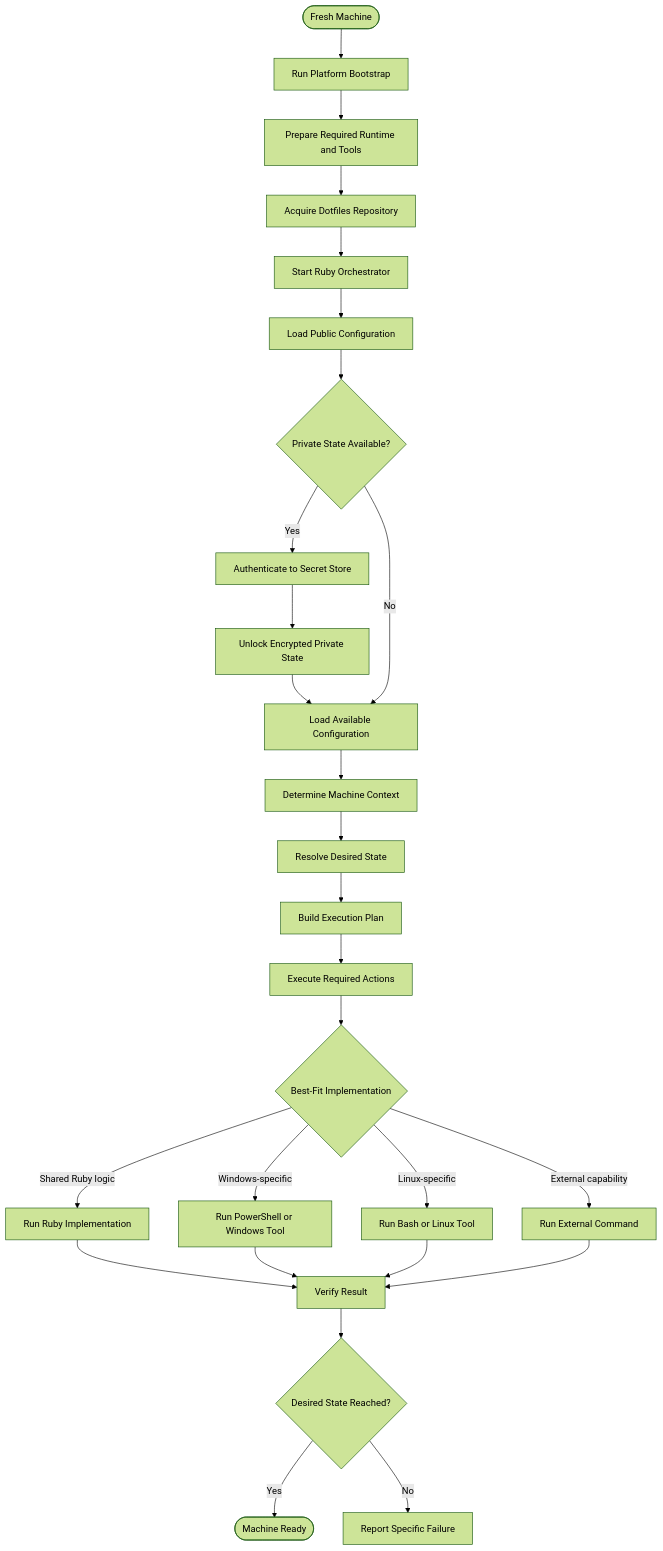
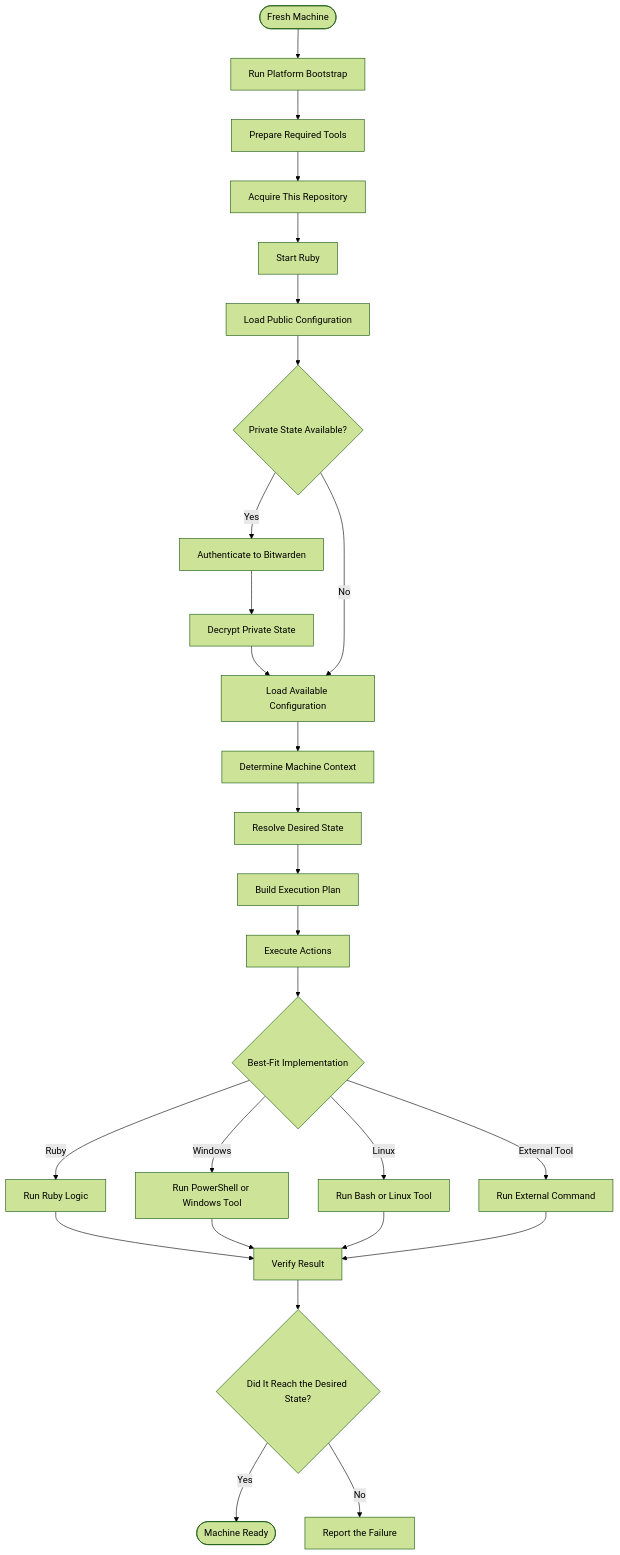
One commit to mewclouds/dotfiles changed the first of 2 diagrams in ARCHITECTURE.md. Above: the diagram before and after it, drawn with Mermaid (forest theme). The commit also changed other lines of this file and 1 other file, not shown here.

````diff
--- a/ARCHITECTURE.md
+++ b/ARCHITECTURE.md
@@ -25,35 +38,34 @@
 ```mermaid
 flowchart TD
     START([Fresh Machine]) --> BOOTSTRAP[Run Platform Bootstrap]
-    BOOTSTRAP --> TOOLS[Prepare Required Runtime and Tools]
-    TOOLS --> REPOSITORY[Acquire Dotfiles Repository]
-    REPOSITORY --> ORCHESTRATOR[Start Ruby Orchestrator]
+    BOOTSTRAP --> TOOLS[Prepare Required Tools]
+    TOOLS --> REPOSITORY[Acquire This Repository]
+    REPOSITORY --> RUBY[Start Ruby]
 
-    ORCHESTRATOR --> PUBLIC[Load Public Configuration]
+    RUBY --> PUBLIC[Load Public Configuration]
     PUBLIC --> PRIVATE{Private State Available?}
-
-    PRIVATE -->|Yes| AUTH[Authenticate to Secret Store]
-    AUTH --> UNLOCK[Unlock Encrypted Private State]
+    PRIVATE -->|Yes| AUTH[Authenticate to Bitwarden]
+    AUTH --> UNLOCK[Decrypt Private State]
     UNLOCK --> CONFIG[Load Available Configuration]
     PRIVATE -->|No| CONFIG
 
     CONFIG --> CONTEXT[Determine Machine Context]
     CONTEXT --> DESIRED[Resolve Desired State]
     DESIRED --> PLAN[Build Execution Plan]
-    PLAN --> ACTIONS[Execute Required Actions]
+    PLAN --> ACTIONS[Execute Actions]
 
     ACTIONS --> IMPLEMENTATION{Best-Fit Implementation}
-    IMPLEMENTATION -->|Shared Ruby logic| RUBY[Run Ruby Implementation]
-    IMPLEMENTATION -->|Windows-specific| POWERSHELL[Run PowerShell or Windows Tool]
-    IMPLEMENTATION -->|Linux-specific| BASH[Run Bash or Linux Tool]
-    IMPLEMENTATION -->|External capability| EXTERNAL[Run External Command]
+    IMPLEMENTATION -->|Ruby| RUBY_ACTION[Run Ruby Logic]
+    IMPLEMENTATION -->|Windows| WINDOWS[Run PowerShell or Windows Tool]
+    IMPLEMENTATION -->|Linux| LINUX[Run Bash or Linux Tool]
+    IMPLEMENTATION -->|External Tool| EXTERNAL[Run External Command]
 
-    RUBY --> VERIFY[Verify Result]
-    POWERSHELL --> VERIFY
-    BASH --> VERIFY
+    RUBY_ACTION --> VERIFY[Verify Result]
+    WINDOWS --> VERIFY
+    LINUX --> VERIFY
     EXTERNAL --> VERIFY
 
-    VERIFY --> RESULT{Desired State Reached?}
+    VERIFY --> RESULT{Did It Reach the Desired State?}
     RESULT -->|Yes| DONE([Machine Ready])
-    RESULT -->|No| FAILURE[Report Specific Failure]
+    RESULT -->|No| FAILURE[Report the Failure]
 ```
````
